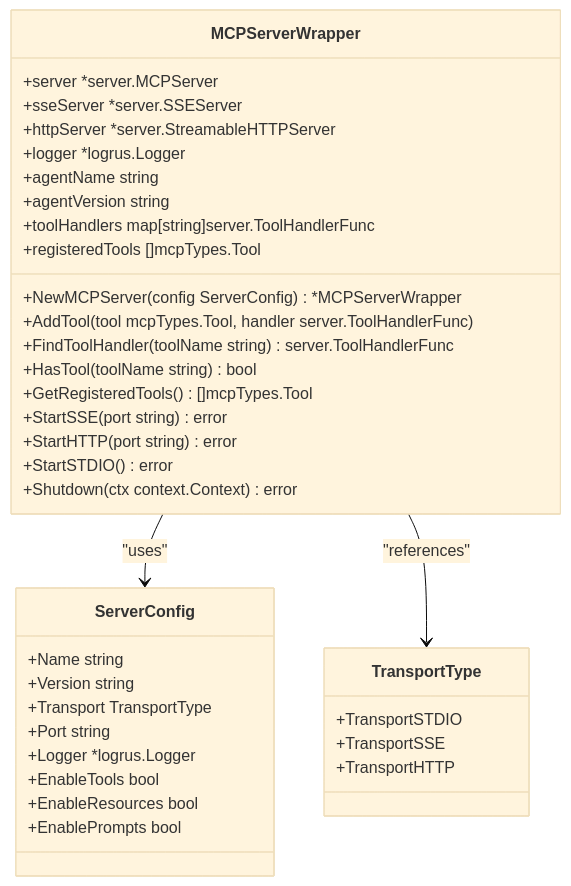
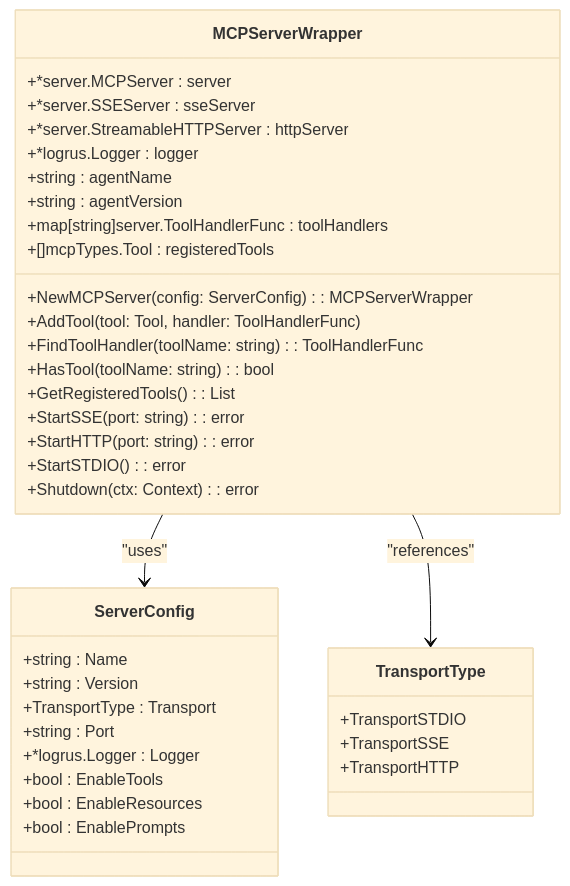
Before and after one commit to prxs-ai/praxis-go-sdk: the third of 8 diagrams in docs/Architecture Overview/Model Context Protocol (MCP) Integration.md, drawn with Mermaid (base theme). The commit also changed other lines of this file and 141 other files, not shown here.

````diff
--- a/docs/Architecture Overview/Model Context Protocol (MCP) Integration.md
+++ b/docs/Architecture Overview/Model Context Protocol (MCP) Integration.md
@@ -142,39 +142,39 @@
 ```mermaid
 classDiagram
 class MCPServerWrapper {
-+server *server.MCPServer
-+sseServer *server.SSEServer
-+httpServer *server.StreamableHTTPServer
-+logger *logrus.Logger
-+agentName string
-+agentVersion string
-+toolHandlers map[string]server.ToolHandlerFunc
-+registeredTools []mcpTypes.Tool
-+NewMCPServer(config ServerConfig) *MCPServerWrapper
-+AddTool(tool mcpTypes.Tool, handler server.ToolHandlerFunc)
-+FindToolHandler(toolName string) server.ToolHandlerFunc
-+HasTool(toolName string) bool
-+GetRegisteredTools() []mcpTypes.Tool
-+StartSSE(port string) error
-+StartHTTP(port string) error
-+StartSTDIO() error
-+Shutdown(ctx context.Context) error
++*server.MCPServer : server
++*server.SSEServer : sseServer
++*server.StreamableHTTPServer : httpServer
++*logrus.Logger : logger
++string : agentName
++string : agentVersion
++map[string]server.ToolHandlerFunc : toolHandlers
++[]mcpTypes.Tool : registeredTools
++NewMCPServer(config: ServerConfig) : MCPServerWrapper
++AddTool(tool: Tool, handler: ToolHandlerFunc)
++FindToolHandler(toolName: string) : ToolHandlerFunc
++HasTool(toolName: string) : bool
++GetRegisteredTools() : List<Tool>
++StartSSE(port: string) : error
++StartHTTP(port: string) : error
++StartSTDIO() : error
++Shutdown(ctx: Context) : error
 }
 class ServerConfig {
-+Name string
-+Version string
-+Transport TransportType
-+Port string
-+Logger *logrus.Logger
-+EnableTools bool
-+EnableResources bool
-+EnablePrompts bool
++string : Name
++string : Version
++TransportType : Transport
++string : Port
++*logrus.Logger : Logger
++bool : EnableTools
++bool : EnableResources
++bool : EnablePrompts
 }
 class TransportType {
 +TransportSTDIO
 +TransportSSE
 +TransportHTTP
 }
 MCPServerWrapper --> ServerConfig : "uses"
 MCPServerWrapper --> TransportType : "references"
 ```
````
